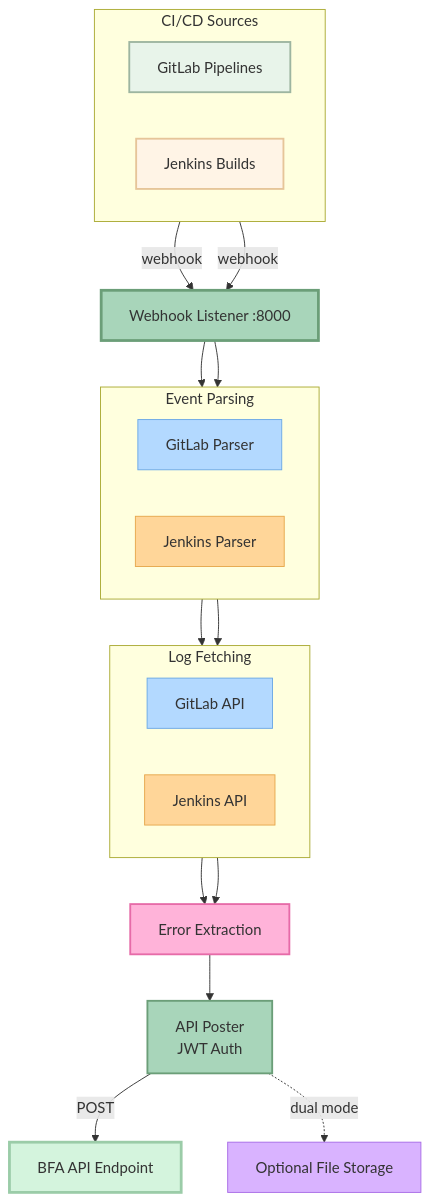
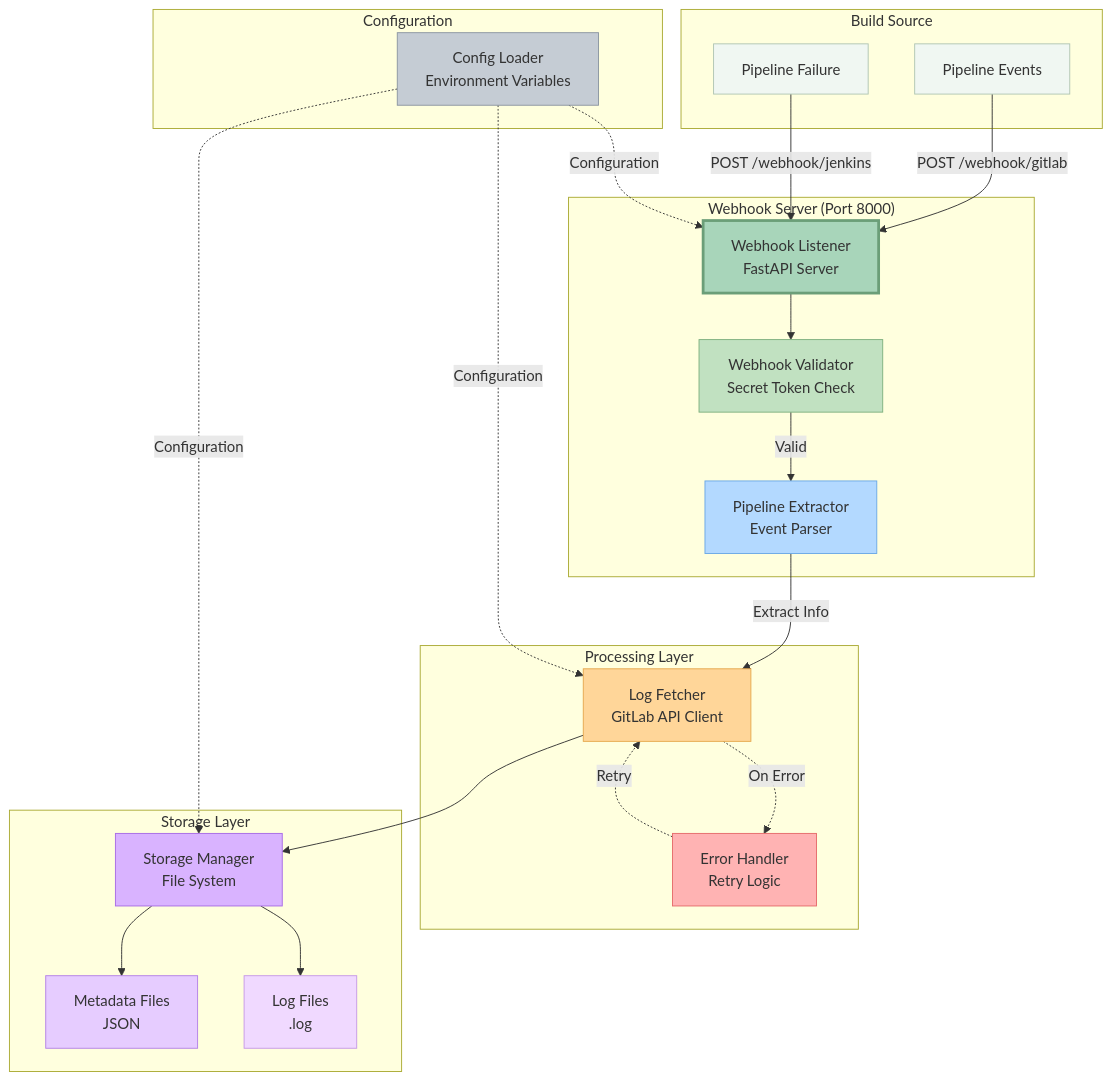
One commit to vigneshpalanivelr/extract-build-logs changed the first of 2 diagrams in README.md. Above: the diagram before and after it, drawn with Mermaid. The commit also changed other lines of this file and 29 other files, not shown here.

````diff
--- a/README.md
+++ b/README.md
@@ -66,54 +66,54 @@
 ```mermaid
-flowchart TB
-    subgraph Sources["CI/CD Sources"]
-        direction LR
-        GL[GitLab Pipelines]
-        JK[Jenkins Builds]
+graph TB
+    subgraph "Build Source"
+        GPIPE[Pipeline Events]
+        JPIPE[Pipeline Failure]
     end
 
-    WH[Webhook Listener :8000]
-
-    subgraph Parse["Event Parsing"]
-        direction LR
-        GLP[GitLab Parser]
-        JKP[Jenkins Parser]
+    subgraph "Webhook Server (Port 8000)"
+        WH[Webhook Listener<br/>FastAPI Server]
+        VAL[Webhook Validator<br/>Secret Token Check]
+        PARSE[Pipeline Extractor<br/>Event Parser]
     end
 
-    subgraph Fetch["Log Fetching"]
-        direction LR
-        GLF[GitLab API]
-        JKF[Jenkins API]
+    subgraph "Processing Layer"
+        FETCH[Log Fetcher<br/>GitLab API Client]
+        RETRY[Error Handler<br/>Retry Logic]
     end
 
-    ERR[Error Extraction]
+    subgraph "Storage Layer"
+        STORE[Storage Manager<br/>File System]
+        META[Metadata Files<br/>JSON]
+        LOGS[Log Files<br/>.log]
+    end
 
-    API[API Poster<br/>JWT Auth]
+    subgraph "Configuration"
+        CONFIG[Config Loader<br/>Environment Variables]
+    end
 
-    BFA[BFA API Endpoint]
+    GPIPE -->|POST /webhook/gitlab| WH
+    JPIPE -->|POST /webhook/jenkins| WH
+    WH --> VAL
+    VAL -->|Valid| PARSE
+    PARSE -->|Extract Info| FETCH
+    FETCH -.->|On Error| RETRY
+    RETRY -.->|Retry| FETCH
+    FETCH --> STORE
+    STORE --> META
+    STORE --> LOGS
+    CONFIG -.->|Configuration| WH
+    CONFIG -.->|Configuration| FETCH
+    CONFIG -.->|Configuration| STORE
 
-    SAVE[Optional File Storage]
-
-    GL -->|webhook| WH
-    JK -->|webhook| WH
-    WH --> GLP
-    WH --> JKP
-    GLP --> GLF
-    JKP --> JKF
-    GLF --> ERR
-    JKF --> ERR
-    ERR --> API
-    API -->|POST| BFA
-    API -.->|dual mode| SAVE
-
-    style GL fill:#e8f4ea,stroke:#9db5a0,stroke-width:2px
-    style JK fill:#fff4e6,stroke:#e6c599,stroke-width:2px
     style WH fill:#a8d5ba,stroke:#6b9e78,stroke-width:3px
-    style GLP fill:#b3d9ff,stroke:#6ba8e6
-    style JKP fill:#ffd699,stroke:#e6a84d
-    style GLF fill:#b3d9ff,stroke:#6ba8e6
-    style JKF fill:#ffd699,stroke:#e6a84d
-    style ERR fill:#ffb3d9,stroke:#e66ba8,stroke-width:2px
-    style API fill:#a8d5ba,stroke:#6b9e78,stroke-width:2px
-    style BFA fill:#d4f4dd,stroke:#9bcca8,stroke-width:3px
-    style SAVE fill:#d9b3ff,stroke:#a86be6
+    style VAL fill:#c1e1c1,stroke:#7eb07e
+    style PARSE fill:#b3d9ff,stroke:#6ba8e6
+    style FETCH fill:#ffd699,stroke:#e6a84d
+    style RETRY fill:#ffb3b3,stroke:#e66b6b
+    style STORE fill:#d9b3ff,stroke:#a86be6
+    style META fill:#e6ccff,stroke:#b380e6
+    style LOGS fill:#f0d9ff,stroke:#c699e6
+    style CONFIG fill:#c5ccd4,stroke:#8b95a1
+    style GPIPE fill:#f0f7f2,stroke:#b0c5b3
+    style JPIPE fill:#f0f7f2,stroke:#b0c5b3
 ```
````
